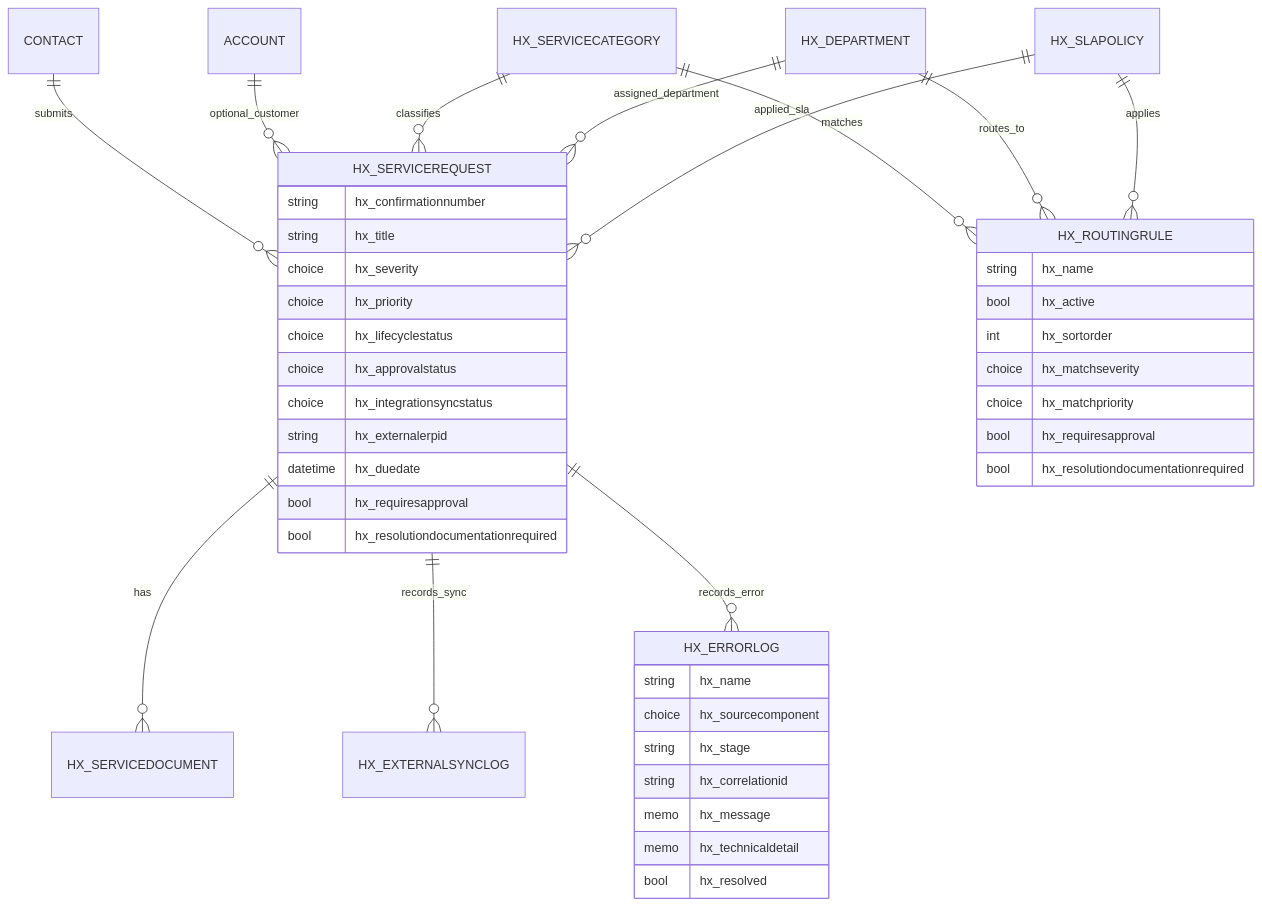
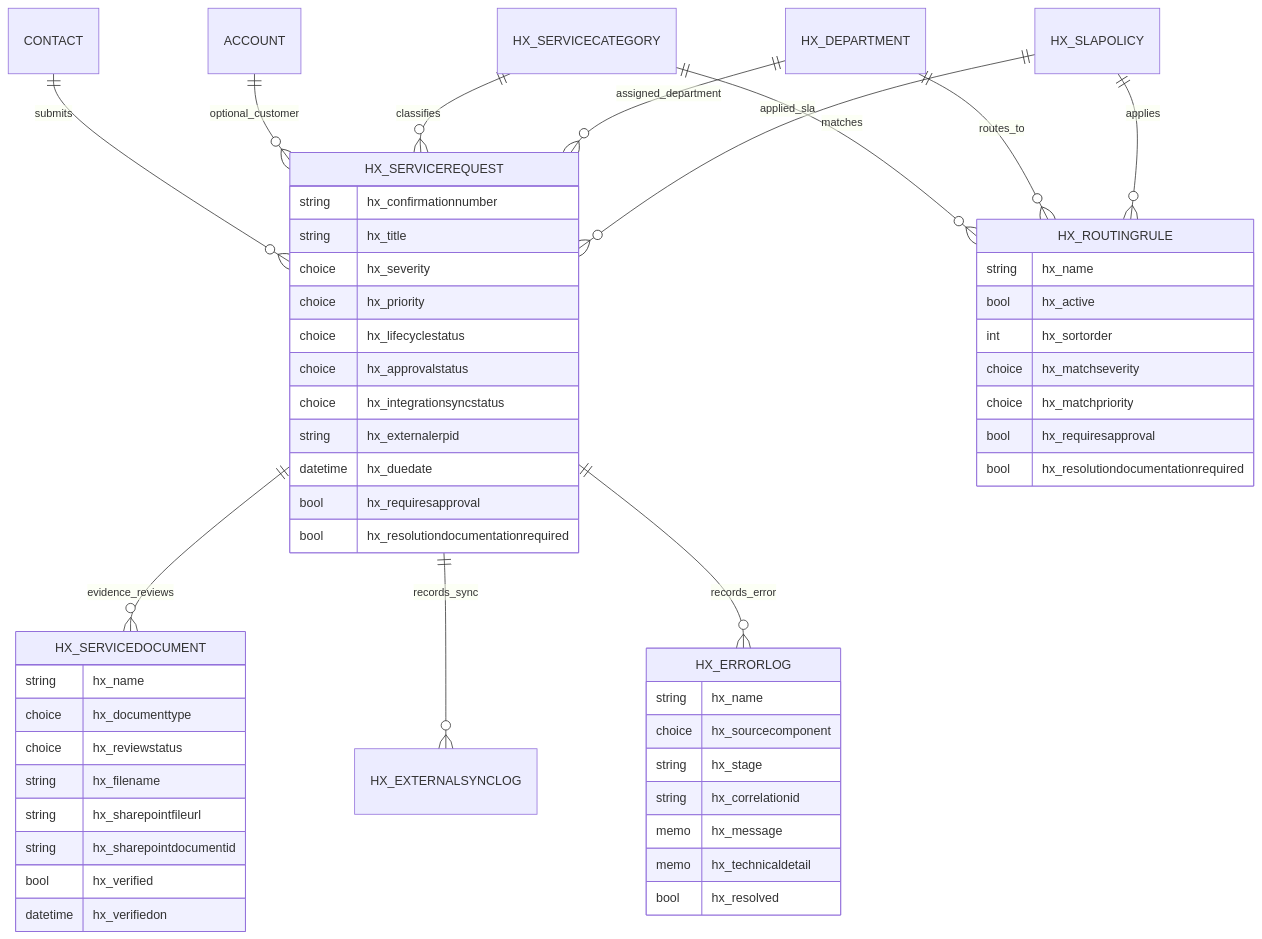
Before and after one commit to helloxtech/EnterpriseServiceIntake: the second of 2 diagrams in README.md, drawn with Mermaid. The commit also changed other lines of this file and 63 other files, not shown here.

````diff
--- a/README.md
+++ b/README.md
@@ -60,48 +60,59 @@
 ```mermaid
 erDiagram
     CONTACT ||--o{ HX_SERVICEREQUEST : submits
     ACCOUNT ||--o{ HX_SERVICEREQUEST : optional_customer
     HX_SERVICECATEGORY ||--o{ HX_ROUTINGRULE : matches
     HX_DEPARTMENT ||--o{ HX_ROUTINGRULE : routes_to
     HX_SLAPOLICY ||--o{ HX_ROUTINGRULE : applies
     HX_SERVICECATEGORY ||--o{ HX_SERVICEREQUEST : classifies
     HX_DEPARTMENT ||--o{ HX_SERVICEREQUEST : assigned_department
     HX_SLAPOLICY ||--o{ HX_SERVICEREQUEST : applied_sla
-    HX_SERVICEREQUEST ||--o{ HX_SERVICEDOCUMENT : has
+    HX_SERVICEREQUEST ||--o{ HX_SERVICEDOCUMENT : evidence_reviews
     HX_SERVICEREQUEST ||--o{ HX_EXTERNALSYNCLOG : records_sync
     HX_SERVICEREQUEST ||--o{ HX_ERRORLOG : records_error
 
     HX_SERVICEREQUEST {
         string hx_confirmationnumber
         string hx_title
         choice hx_severity
         choice hx_priority
         choice hx_lifecyclestatus
         choice hx_approvalstatus
         choice hx_integrationsyncstatus
         string hx_externalerpid
         datetime hx_duedate
         bool hx_requiresapproval
         bool hx_resolutiondocumentationrequired
     }
 
     HX_ROUTINGRULE {
         string hx_name
         bool hx_active
         int hx_sortorder
         choice hx_matchseverity
         choice hx_matchpriority
         bool hx_requiresapproval
         bool hx_resolutiondocumentationrequired
     }
 
     HX_ERRORLOG {
         string hx_name
         choice hx_sourcecomponent
         string hx_stage
         string hx_correlationid
         memo hx_message
         memo hx_technicaldetail
         bool hx_resolved
     }
+
+    HX_SERVICEDOCUMENT {
+        string hx_name
+        choice hx_documenttype
+        choice hx_reviewstatus
+        string hx_filename
+        string hx_sharepointfileurl
+        string hx_sharepointdocumentid
+        bool hx_verified
+        datetime hx_verifiedon
+    }
 ```
````
